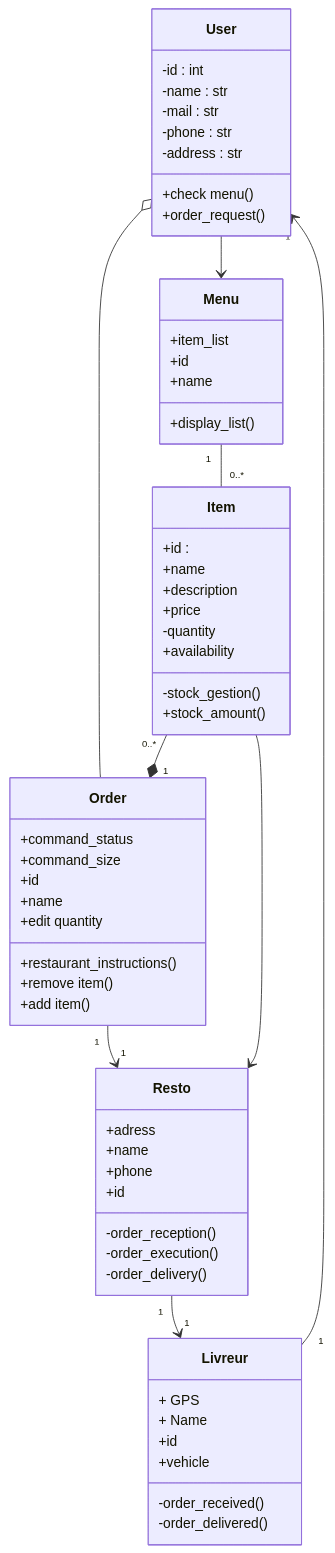
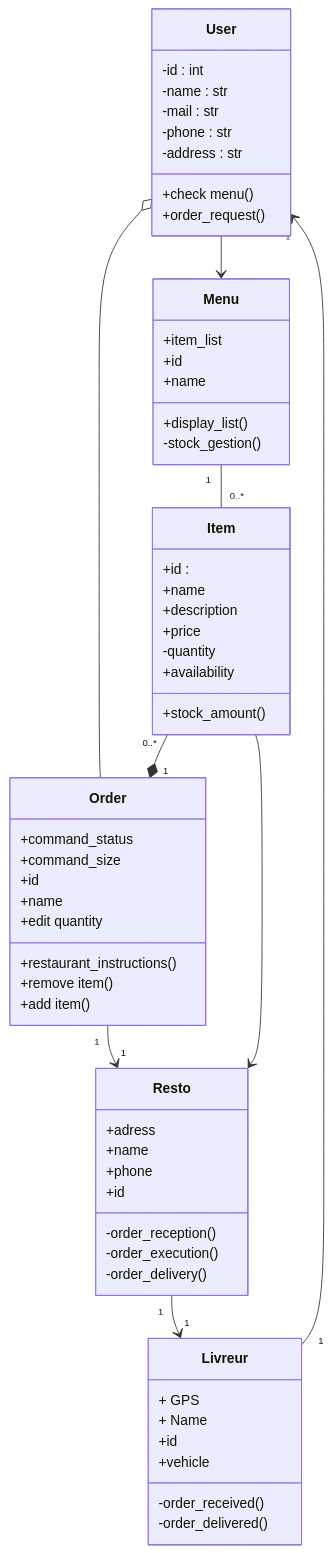
Before and after one commit to The-TO/holbertonschool-UML_design_PLD: the diagram in class_diagram.mmd, drawn with Mermaid. The commit also changed 1 other file, not shown here.

Commit message:
Refactor class diagram: add stock_gestion method to Menu, remove from Item

```diff
--- a/class_diagram.mmd
+++ b/class_diagram.mmd
@@ -1,71 +1,72 @@
 classDiagram
     User --> Menu
     User o-- Order
     Menu "1"--"0..*" Item
     Item "0..*"--*"1"  Order
     Order "1"-->"1" Resto
     Resto "1"-->"1" Livreur
     Livreur "1"-->"1" User
     Item --> Resto
     
       class User {
         -id : int 
         -name : str
         -mail : str
         -phone : str
         -address : str
 
         
         +check menu()
         +order_request()
         
       }
       class Item {
         +id : 
         +name
         +description
         +price
         -quantity
         +availability
 
-        -stock_gestion()
         +stock_amount()
       }
       class Menu {
         +item_list
         +id
         +name
         +display_list()
+
+         -stock_gestion()
         
       }
       class Resto {
         +adress
         +name
         +phone
         +id
         
         -order_reception()
         -order_execution()
         -order_delivery()
        
       }
       class Livreur{
         + GPS
         + Name
         +id
         +vehicle
 
         -order_received()
         -order_delivered()
       }
       class Order{
         +command_status
         +command_size
         +id
         +name
 
         +restaurant_instructions()
         +remove item()
         +add item()
         +edit quantity
       }
```
